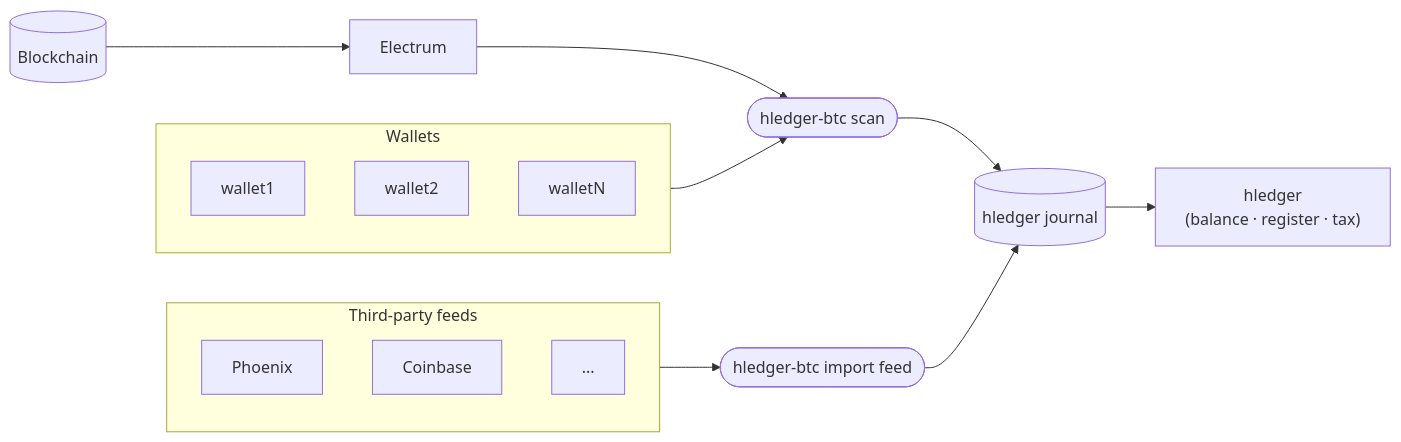
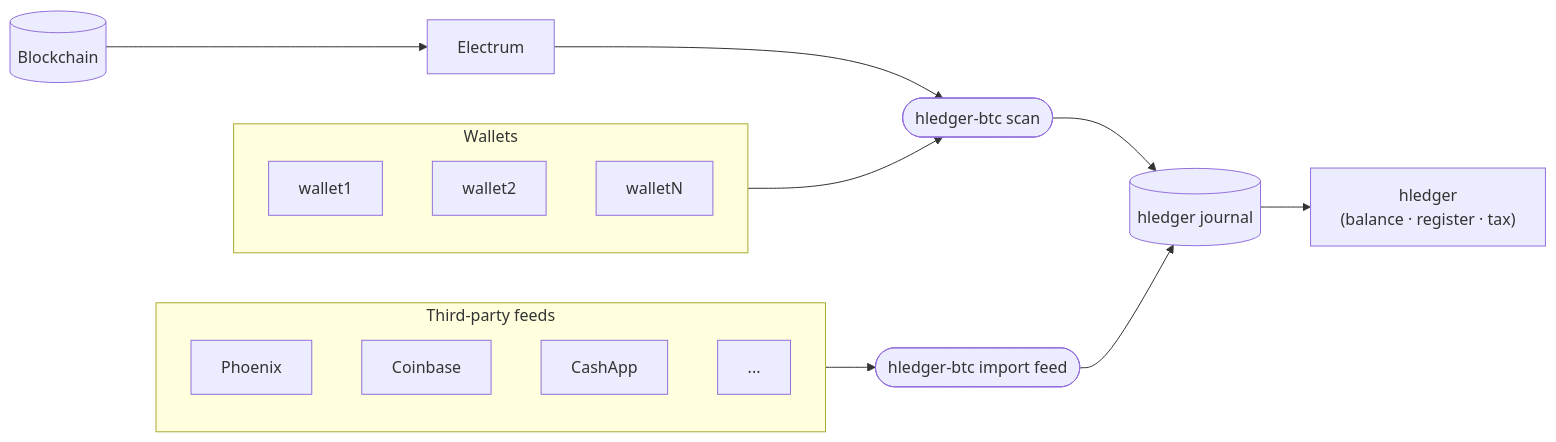
One commit to brh28/hledger-btc changed the diagram in README.md. Above: the diagram before and after it, drawn with Mermaid. The commit also changed other lines of this file and 8 other files, not shown here.

````diff
--- a/README.md
+++ b/README.md
@@ -11,21 +11,22 @@
 ```mermaid
 flowchart LR
     BC[(Blockchain)] --> EL[Electrum]
 
     subgraph wallets["Wallets"]
         W1[wallet1] & W2[wallet2] & WN[walletN]
     end
 
     EL & wallets --> SCAN(["hledger-btc scan"])
 
     subgraph feeds["Third-party feeds"]
         PH[Phoenix]
         CB[Coinbase]
+        CA[CashApp]
         ET[...]
     end
 
     feeds --> IMP(["hledger-btc import feed"])
 
     SCAN & IMP --> J[("hledger journal")]
     J --> HL["hledger\n(balance · register · tax)"]
 ```
````
